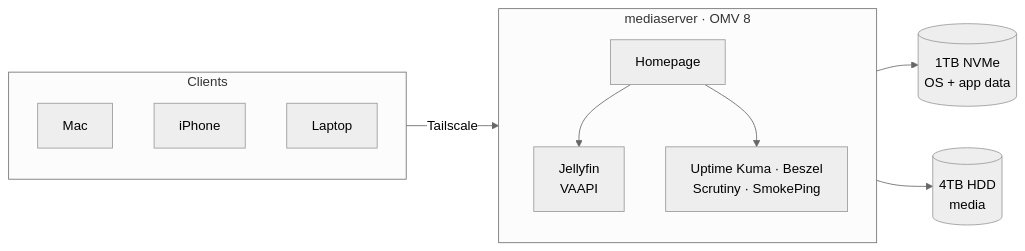
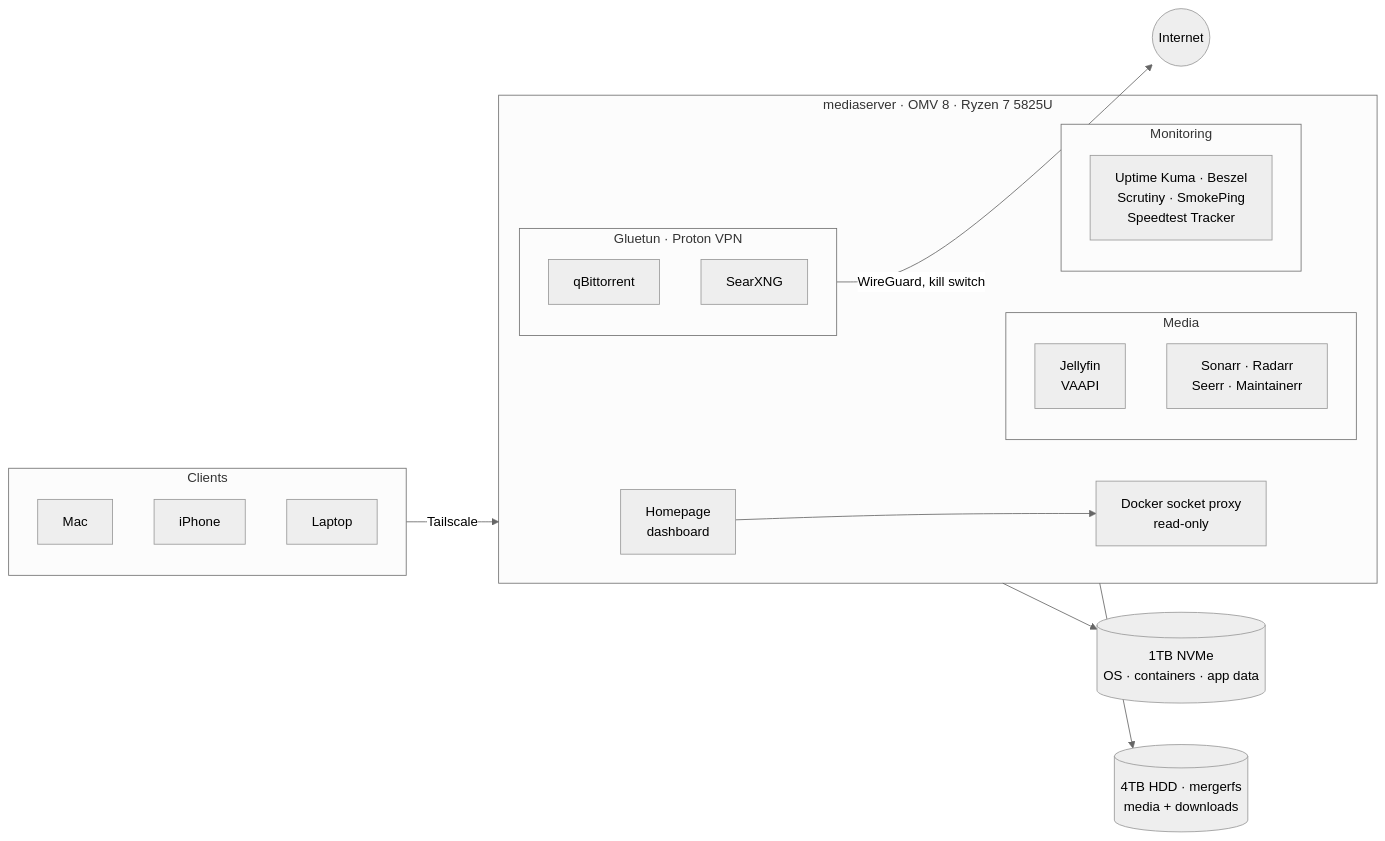
Before and after one commit to Bixade/homelab: the diagram in README.md, drawn with Mermaid (neutral theme). The commit also changed other lines of this file, not shown here.

````diff
--- a/README.md
+++ b/README.md
@@ -58,14 +7,29 @@
 ```mermaid
 flowchart LR
     subgraph Clients
         Mac[Mac] & iPhone[iPhone] & Laptop[Laptop]
     end
+
     Clients -->|Tailscale| Server
-    subgraph Server[mediaserver · OMV 8]
-        Homepage --> Jellyfin & Monitoring
-        Jellyfin[Jellyfin<br/>VAAPI]
-        Monitoring[Uptime Kuma · Beszel<br/>Scrutiny · SmokePing]
+
+    subgraph Server[mediaserver · OMV 8 · Ryzen 7 5825U]
+        Homepage[Homepage<br/>dashboard]
+        subgraph Media
+            Jellyfin[Jellyfin<br/>VAAPI] 
+            Arr[Sonarr · Radarr<br/>Seerr · Maintainerr]
+        end
+        subgraph VPN[Gluetun · Proton VPN]
+            qBit[qBittorrent]
+            Searx[SearXNG]
+        end
+        subgraph Monitoring
+            Mon[Uptime Kuma · Beszel<br/>Scrutiny · SmokePing<br/>Speedtest Tracker]
+        end
+        Proxy[Docker socket proxy<br/>read-only]
+        Homepage --> Proxy
     end
-    Server --> NVMe[(1TB NVMe<br/>OS + app data)]
-    Server --> HDD[(4TB HDD<br/>media)]
+
+    VPN -->|WireGuard, kill switch| Internet((Internet))
+    Server --> NVMe[(1TB NVMe<br/>OS · containers · app data)]
+    Server --> HDD[(4TB HDD · mergerfs<br/>media + downloads)]
 ```
````
